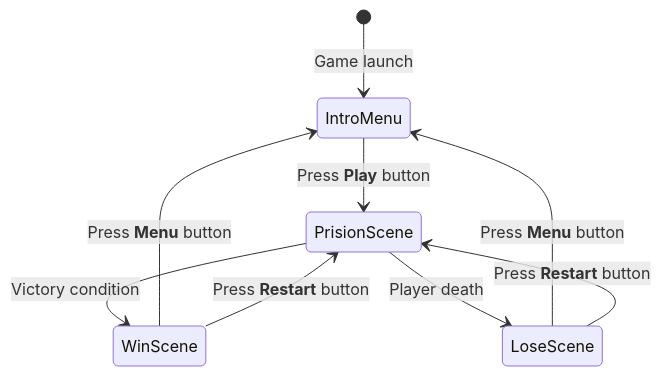
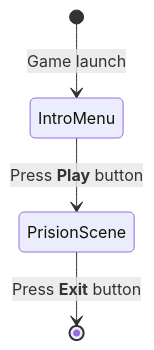
One commit to Kang-Hsi/hfsm-bt changed the first of 5 diagrams in README.md. Above: the diagram before and after it, drawn with Mermaid. The commit also changed other lines of this file, not shown here.

````diff
--- a/README.md
+++ b/README.md
@@ -90,15 +89,9 @@
 ```mermaid
 stateDiagram-v2
     [*] --> IntroMenu : Game launch
 
     IntroMenu --> PrisionScene : Press **Play** button
 
-    PrisionScene --> WinScene : Victory condition
-    PrisionScene --> LoseScene : Player death
+    PrisionScene --> [*]: Press **Exit** button
 
-    WinScene --> IntroMenu : Press **Menu** button
-    WinScene --> PrisionScene : Press **Restart** button
-
-    LoseScene --> IntroMenu : Press **Menu** button
-    LoseScene --> PrisionScene : Press **Restart** button
 ```
````
